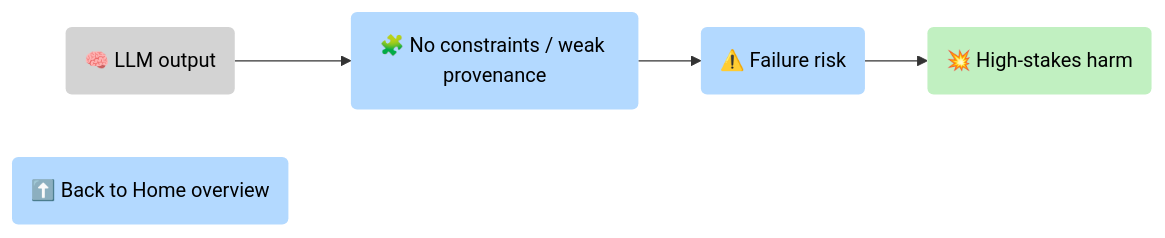
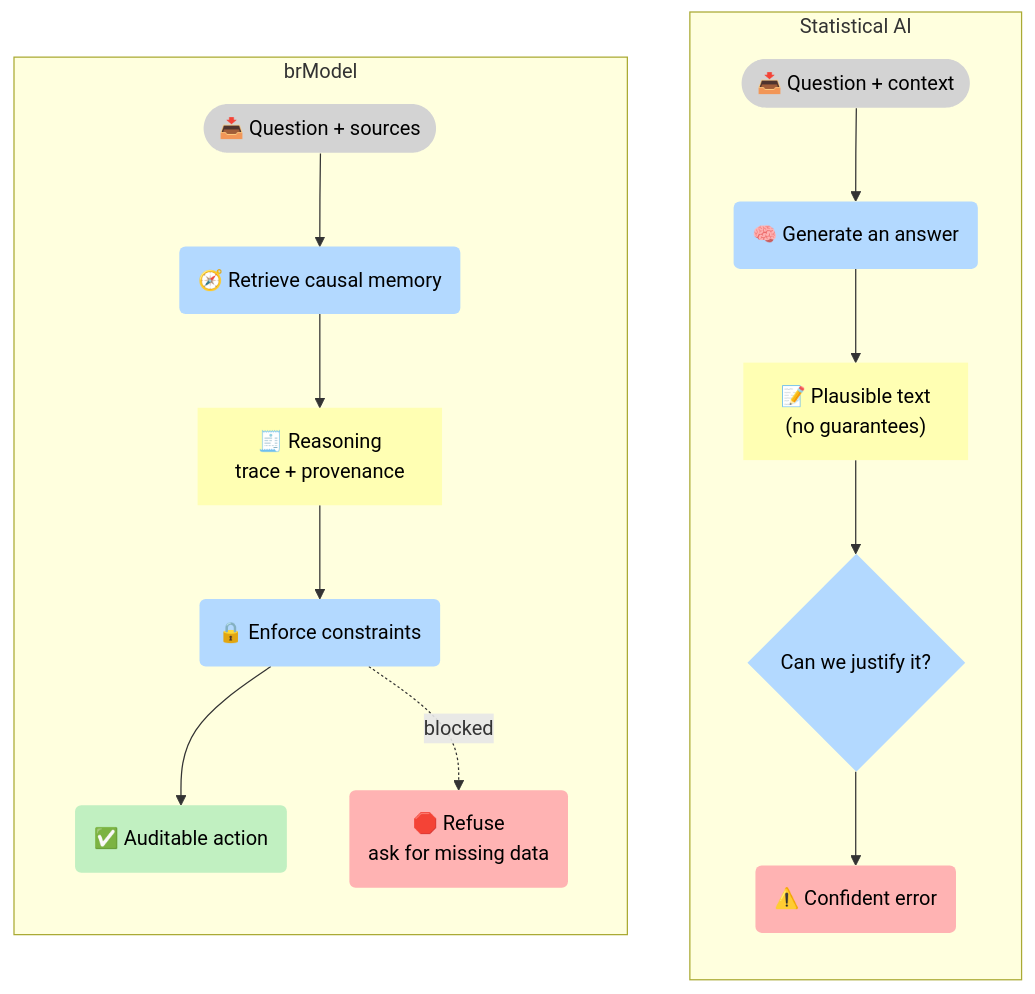
The second of 5 diagrams in docs/index.md (5Reasons/5reasons.github.io), drawn with Mermaid before and after one commit. The commit also changed other lines of this file and 3 other files, not shown here.

````diff
--- a/docs/index.md
+++ b/docs/index.md
@@ -157,19 +154,37 @@
 ```mermaid
-flowchart LR
+flowchart TB
+%% Styles (brModel Standard)
 classDef i fill:#D3D3D3,stroke-width:0px,color:#000;
 classDef p fill:#B3D9FF,stroke-width:0px,color:#000;
+classDef r fill:#FFFFB3,stroke-width:0px,color:#000;
 classDef o fill:#C1F0C1,stroke-width:0px,color:#000;
+classDef s fill:#FFB3B3,stroke-width:0px,color:#000;
 
-I_LLM("🧠 LLM output"):::i
-P_Gap("🧩 No constraints / weak provenance"):::p
-P_Risk("⚠️ Failure risk"):::p
-O_Harm("💥 High-stakes harm"):::o
+subgraph S1["Statistical AI"]
+direction TB
+I_Q1(["📥 Question + context"]):::i
+P_LLM1("🧠 Generate an answer"):::p
+R_Text1["📝 Plausible text<br>(no guarantees)"]:::r
+P_Check1{"Can we justify it?"}:::p
+S_Error1("⚠️ Confident error"):::s
+I_Q1 --> P_LLM1 --> R_Text1 --> P_Check1 --> S_Error1
+end
 
-I_LLM --> P_Gap --> P_Risk --> O_Harm
+subgraph S2["brModel"]
+direction TB
+I_Q2(["📥 Question + sources"]):::i
+P_Memory("🧭 Retrieve causal memory"):::p
+R_Trace["🧾 Reasoning<br>trace + provenance"]:::r
+P_Constraints("🔒 Enforce constraints"):::p
+O_Safe("✅ Auditable action"):::o
+S_Block("🛑 Refuse <br>ask for missing data"):::s
+I_Q2 --> P_Memory --> R_Trace --> P_Constraints --> O_Safe
+P_Constraints -. "blocked" .-> S_Block
+end
 
-P_Home("⬆️ Back to Home overview"):::p
 
-click P_Gap "/methodology/constraints/" "Constraints & SHACL"
-click P_Risk "/philosophy/probabilistic-ai/" "Why Probabilistic AI Fails"
-click P_Home "/#what-we-build" "Back to the main process map"
+
+click P_Memory "/methodology/causalgraphrag/" "CausalGraphRAG"
+click P_Constraints "/methodology/constraints/" "Constraints & SHACL"
+click R_Trace "/methodology/llm-tool-rag/" "LLM + Tool + RAG"
 ```
````
